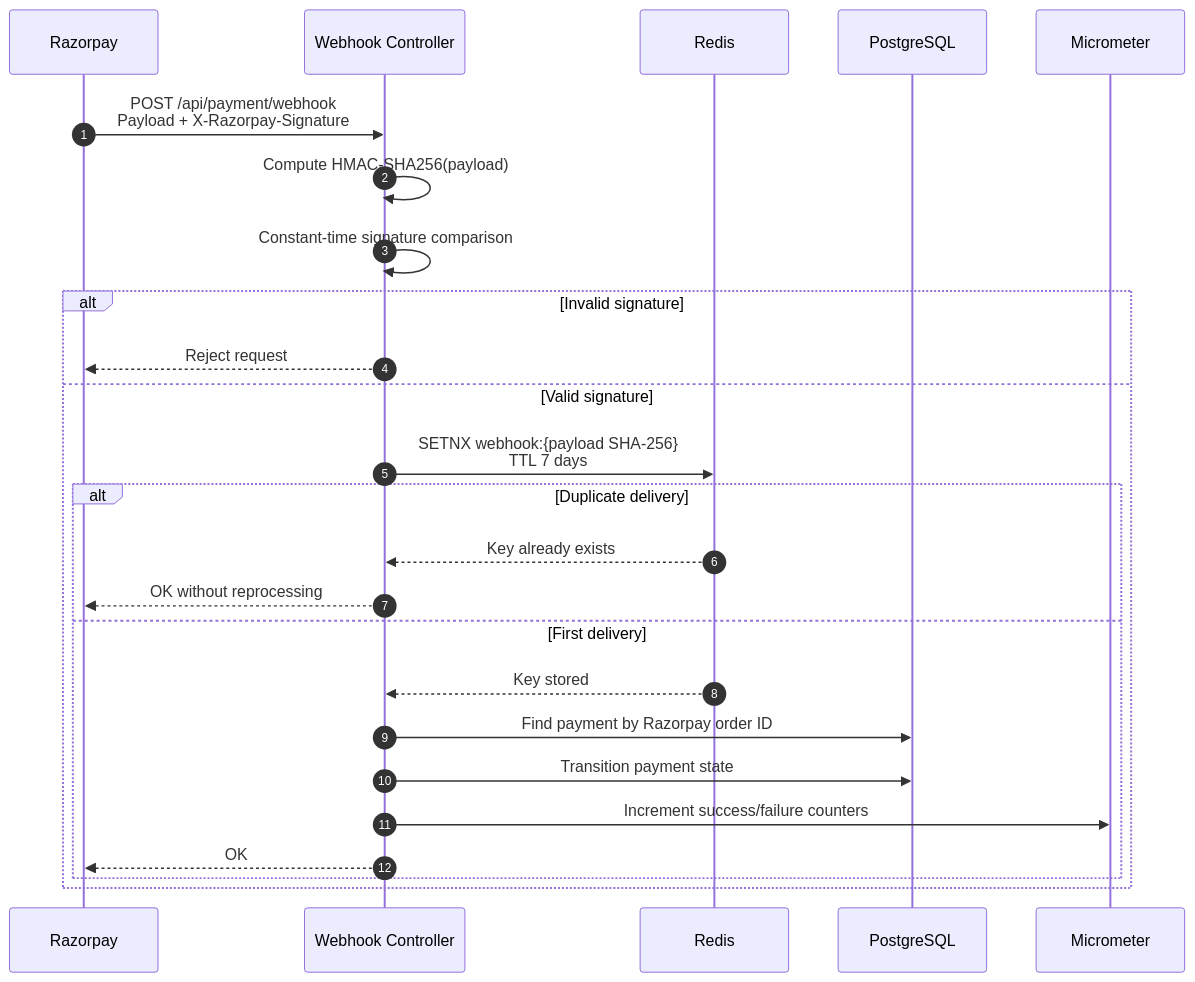
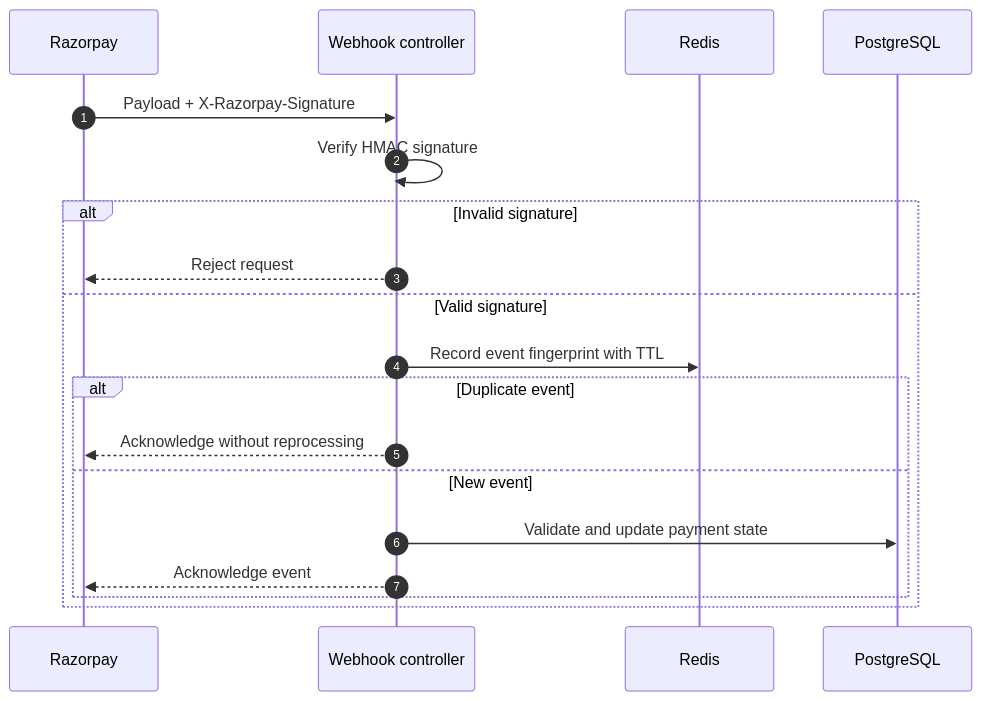
Before and after one commit to NIHAL29SINGH/securepaymentprivategateway: the fourth of 4 diagrams in README.md, drawn with Mermaid. The commit also changed other lines of this file, not shown here.

````diff
--- a/README.md
+++ b/README.md
@@ -145,29 +221,22 @@
 ```mermaid
 sequenceDiagram
     autonumber
     participant RZ as Razorpay
-    participant API as Webhook Controller
+    participant API as Webhook controller
     participant Redis
     participant DB as PostgreSQL
-    participant Metrics as Micrometer
 
-    RZ->>API: POST /api/payment/webhook<br/>Payload + X-Razorpay-Signature
-    API->>API: Compute HMAC-SHA256(payload)
-    API->>API: Constant-time signature comparison
-
+    RZ->>API: Payload + X-Razorpay-Signature
+    API->>API: Verify HMAC signature
     alt Invalid signature
         API-->>RZ: Reject request
     else Valid signature
-        API->>Redis: SETNX webhook:{payload SHA-256}<br/>TTL 7 days
-        alt Duplicate delivery
-            Redis-->>API: Key already exists
-            API-->>RZ: OK without reprocessing
-        else First delivery
-            Redis-->>API: Key stored
-            API->>DB: Find payment by Razorpay order ID
-            API->>DB: Transition payment state
-            API->>Metrics: Increment success/failure counters
-            API-->>RZ: OK
+        API->>Redis: Record event fingerprint with TTL
+        alt Duplicate event
+            API-->>RZ: Acknowledge without reprocessing
+        else New event
+            API->>DB: Validate and update payment state
+            API-->>RZ: Acknowledge event
         end
     end
 ```
````
